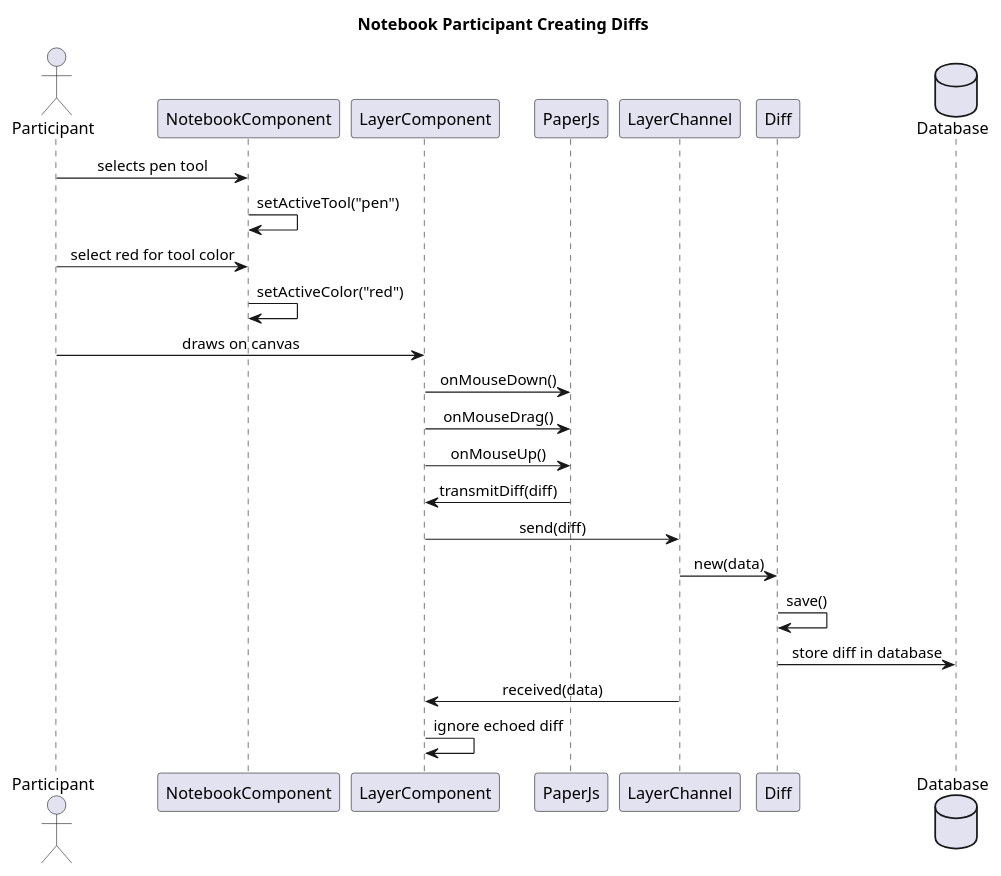
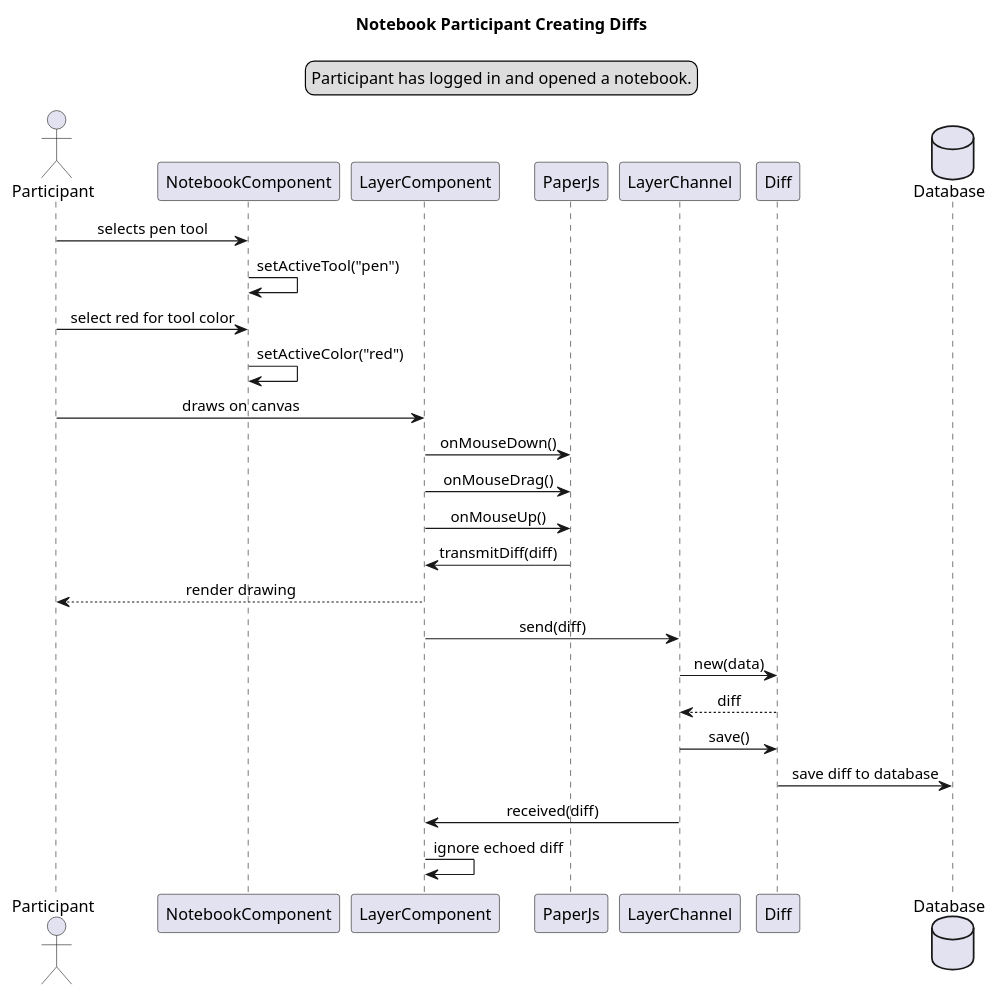
One commit to calebschoepp/canvasync changed the diagram in docs/preliminary_design/participant_create_diffs_seq.plantuml. Above: the diagram before and after it, drawn with PlantUML. The commit also changed 6 other files, not shown here.

```diff
--- a/docs/preliminary_design/participant_create_diffs_seq.plantuml
+++ b/docs/preliminary_design/participant_create_diffs_seq.plantuml
@@ -1,33 +1,36 @@
 @startuml Notebook Participant Creating Diffs
 title Notebook Participant Creating Diffs
 skinparam sequenceMessageAlign center
+legend top
+Participant has logged in and opened a notebook.
+endlegend
 
-actor Participant as owner
+actor Participant as partic
 participant NotebookComponent as nc
 participant LayerComponent as lc
 participant PaperJs as pjs
 participant LayerChannel as lch
 participant Diff as d
 database Database as db
 
-' owner makes scribble diff
-' paperjs renders scribble diff
-' scribble diff broadcasted to server, saved in db, sent to participant
-' diff renders to 
+partic -> nc : selects pen tool
+nc -> nc : setActiveTool("pen")
+partic -> nc : select red for tool color
+nc -> nc : setActiveColor("red")
+partic -> lc : draws on canvas
 
-owner -> nc : selects pen tool
-nc -> nc : setActiveTool("pen")
-owner -> nc : select red for tool color
-nc -> nc : setActiveColor("red")
-owner -> lc : draws on canvas
 lc -> pjs : onMouseDown()
 lc -> pjs : onMouseDrag()
 lc -> pjs : onMouseUp()
 pjs -> lc : transmitDiff(diff)
+
+lc --> partic : render drawing
 lc -> lch : send(diff)
 lch -> d : new(data)
-d -> d : save()
-d -> db : store diff in database
-lch -> lc : received(data)
+d --> lch : diff
+lch -> d : save()
+d -> db : save diff to database
+lch -> lc : received(diff)
 lc -> lc : ignore echoed diff
+
 @enduml
```
